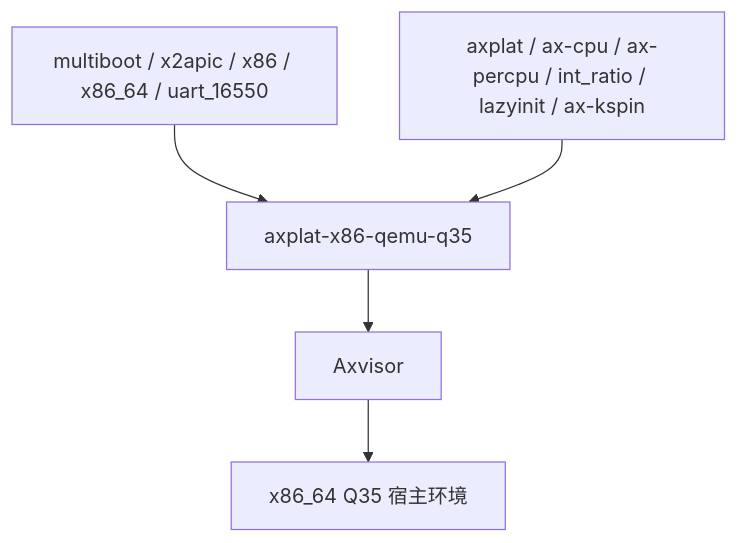
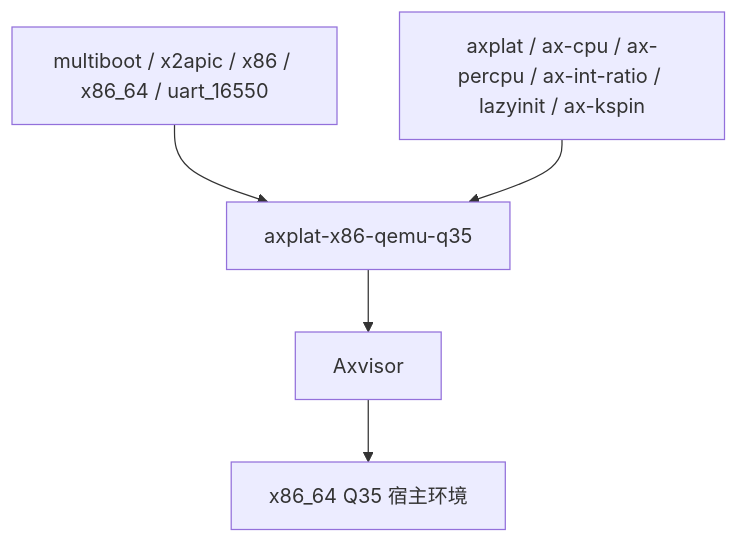
Before and after one commit to zKurisu/tgoskits: the second of 2 diagrams in docs/crates/axplat-x86-qemu-q35.md, drawn with Mermaid. The commit also changed other lines of this file and 26 other files, not shown here.

````diff
--- a/docs/crates/axplat-x86-qemu-q35.md
+++ b/docs/crates/axplat-x86-qemu-q35.md
@@ -177,7 +177,7 @@
 ```mermaid
 graph TD
     A[multiboot / x2apic / x86 / x86_64 / uart_16550] --> B[axplat-x86-qemu-q35]
-    C[axplat / ax-cpu / ax-percpu / int_ratio / lazyinit / ax-kspin] --> B
+    C[axplat / ax-cpu / ax-percpu / ax-int-ratio / lazyinit / ax-kspin] --> B
     B --> D[Axvisor]
     D --> E[x86_64 Q35 宿主环境]
 ```
````
